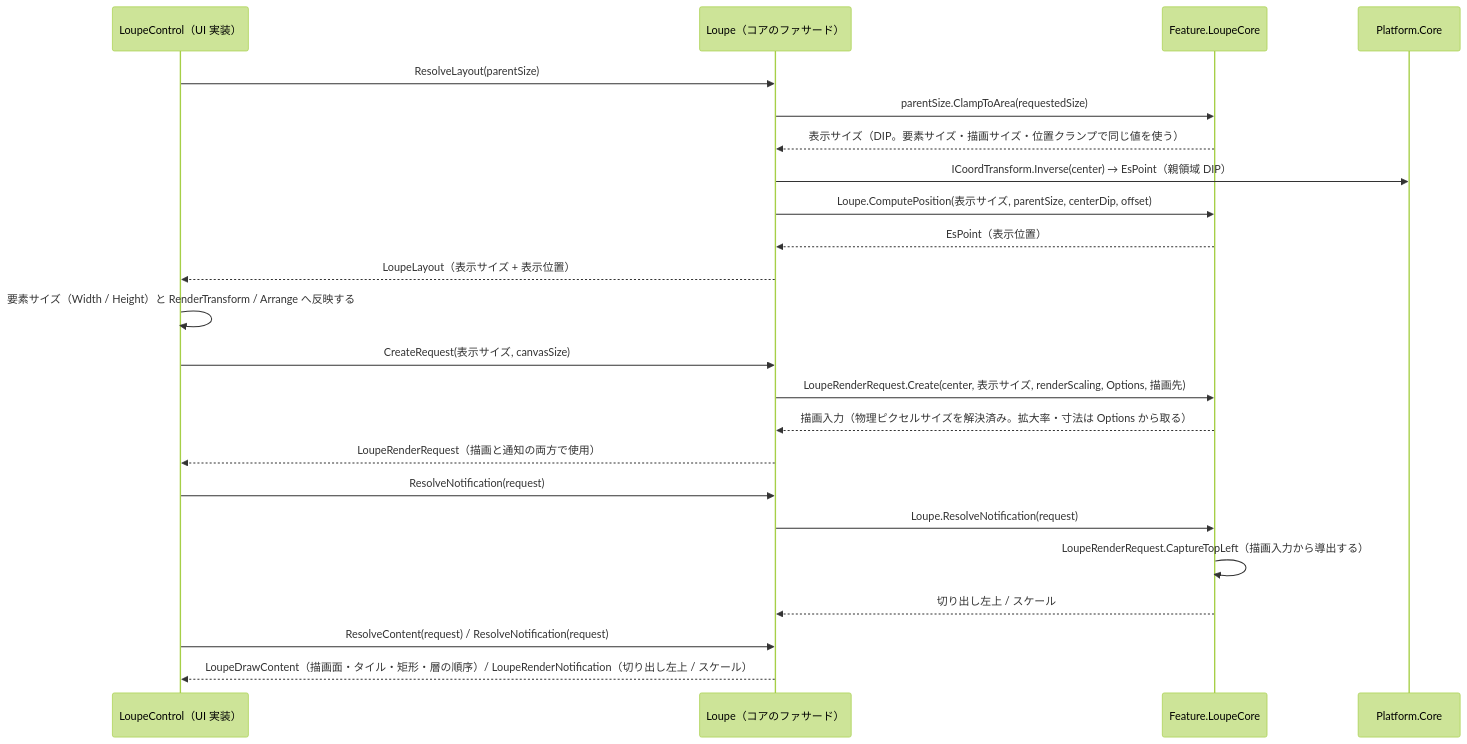
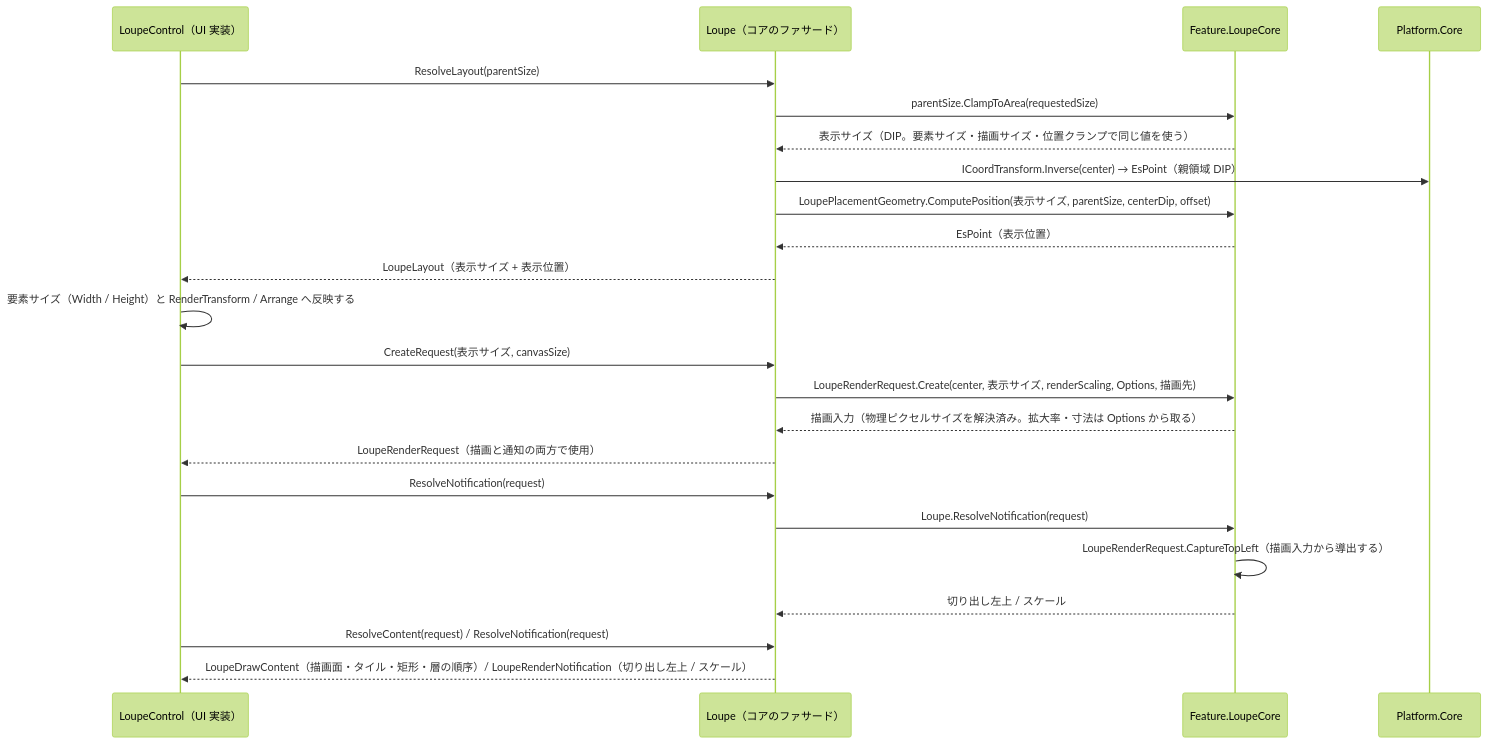
Before and after one commit to tomokuni/SaveEvidence: the second of 2 diagrams in src/Feature.LoupeCore/SPEC_System.md, drawn with Mermaid (forest theme). The commit also changed other lines of this file and 19 other files, not shown here.

````diff
--- a/src/Feature.LoupeCore/SPEC_System.md
+++ b/src/Feature.LoupeCore/SPEC_System.md
@@ -66,28 +67,28 @@
 ```mermaid
 sequenceDiagram
   participant UI as LoupeControl（UI 実装）
   participant Fac as Loupe（コアのファサード）
   participant Core as Feature.LoupeCore
   participant PC as Platform.Core
 
   UI->>Fac: ResolveLayout(parentSize)
   Fac->>Core: parentSize.ClampToArea(requestedSize)
   Core-->>Fac: 表示サイズ（DIP。要素サイズ・描画サイズ・位置クランプで同じ値を使う）
   Fac->>PC: ICoordTransform.Inverse(center) → EsPoint（親領域 DIP）
-  Fac->>Core: Loupe.ComputePosition(表示サイズ, parentSize, centerDip, offset)
+  Fac->>Core: LoupePlacementGeometry.ComputePosition(表示サイズ, parentSize, centerDip, offset)
   Core-->>Fac: EsPoint（表示位置）
   Fac-->>UI: LoupeLayout（表示サイズ + 表示位置）
   UI->>UI: 要素サイズ（Width / Height）と RenderTransform / Arrange へ反映する
 
   UI->>Fac: CreateRequest(表示サイズ, canvasSize)
   Fac->>Core: LoupeRenderRequest.Create(center, 表示サイズ, renderScaling, Options, 描画先)
   Core-->>Fac: 描画入力（物理ピクセルサイズを解決済み。拡大率・寸法は Options から取る）
   Fac-->>UI: LoupeRenderRequest（描画と通知の両方で使用）
 
   UI->>Fac: ResolveNotification(request)
   Fac->>Core: Loupe.ResolveNotification(request)
   Core->>Core: LoupeRenderRequest.CaptureTopLeft（描画入力から導出する）
   Core-->>Fac: 切り出し左上 / スケール
   UI->>Fac: ResolveContent(request) / ResolveNotification(request)
   Fac-->>UI: LoupeDrawContent（描画面・タイル・矩形・層の順序）/ LoupeRenderNotification（切り出し左上 / スケール）
 ```
````
